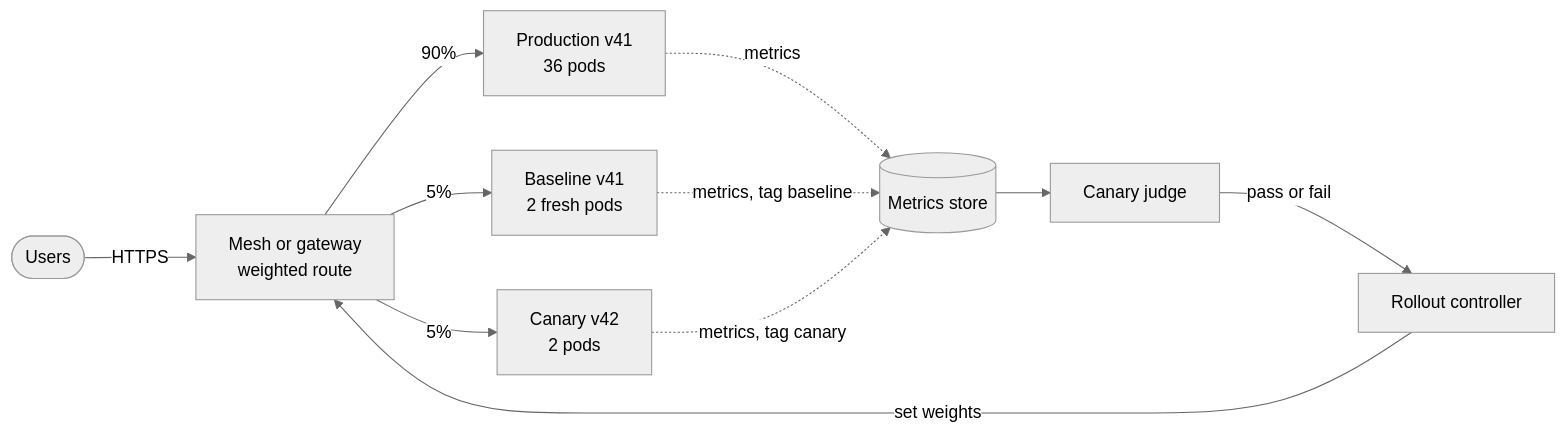
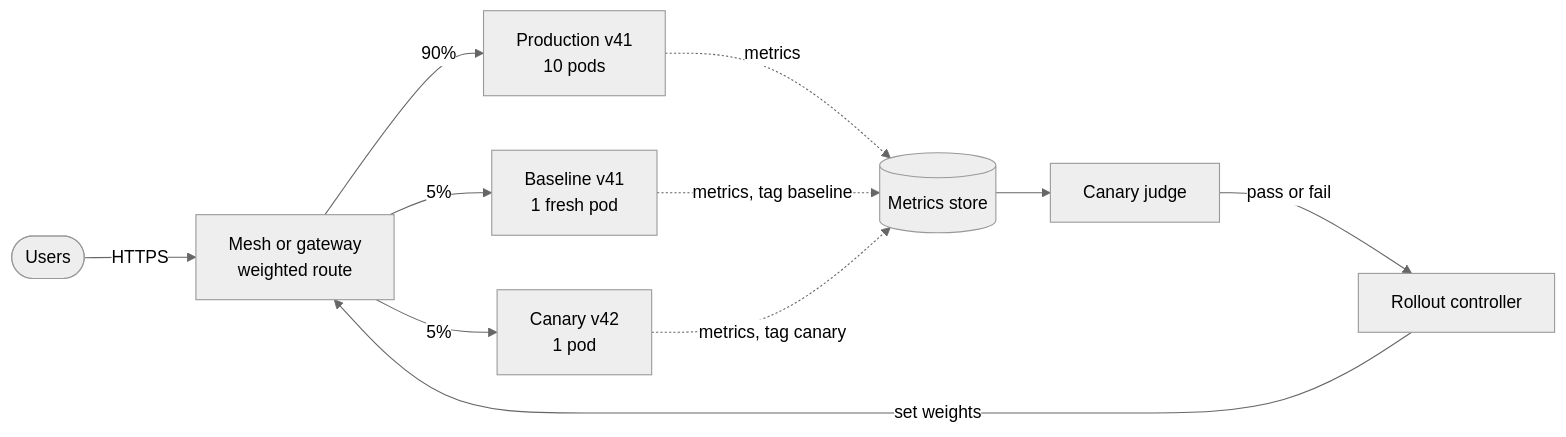
One commit to Sampath1-1-1/System-Design changed the fourth of 13 diagrams in manuscript/book1-traditional/43-deployment-and-infrastructure.md. Above: the diagram before and after it, drawn with Mermaid (neutral theme). The commit also changed other lines of this file, not shown here.

````diff
--- a/manuscript/book1-traditional/43-deployment-and-infrastructure.md
+++ b/manuscript/book1-traditional/43-deployment-and-infrastructure.md
@@ -335,13 +319,13 @@
 ```mermaid
 flowchart LR
   U([Users]) -->|HTTPS| R[Mesh or gateway<br/>weighted route]
-  R -->|90%| P[Production v41<br/>36 pods]
-  R -->|5%| BL[Baseline v41<br/>2 fresh pods]
-  R -->|5%| CN[Canary v42<br/>2 pods]
+  R -->|90%| P[Production v41<br/>10 pods]
+  R -->|5%| BL[Baseline v41<br/>1 fresh pod]
+  R -->|5%| CN[Canary v42<br/>1 pod]
   P -.->|metrics| M[(Metrics store)]
   BL -.->|metrics, tag baseline| M
   CN -.->|metrics, tag canary| M
   M --> J[Canary judge]
   J -->|pass or fail| CTL[Rollout controller]
   CTL -->|set weights| R
 ```
````
